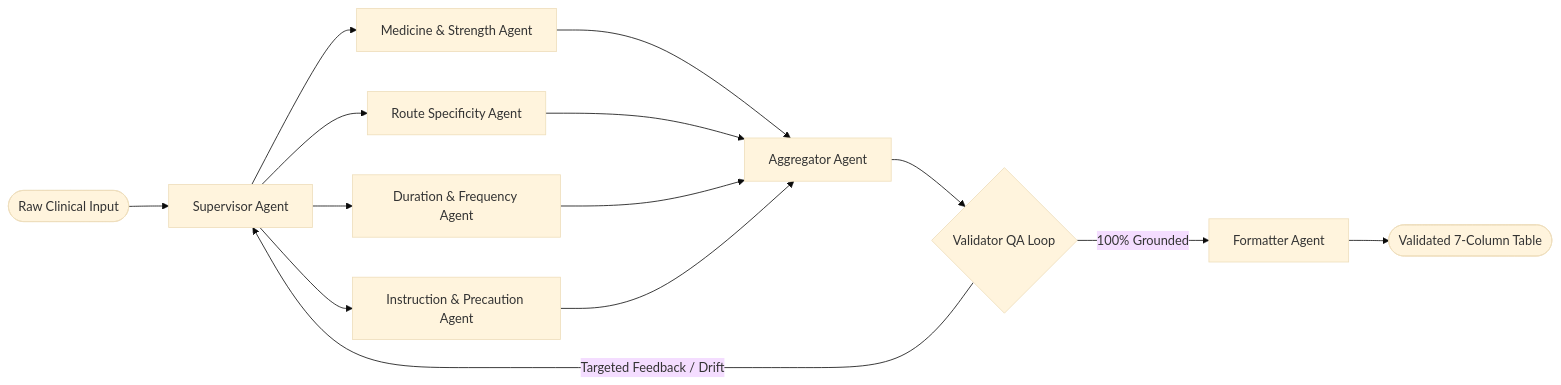
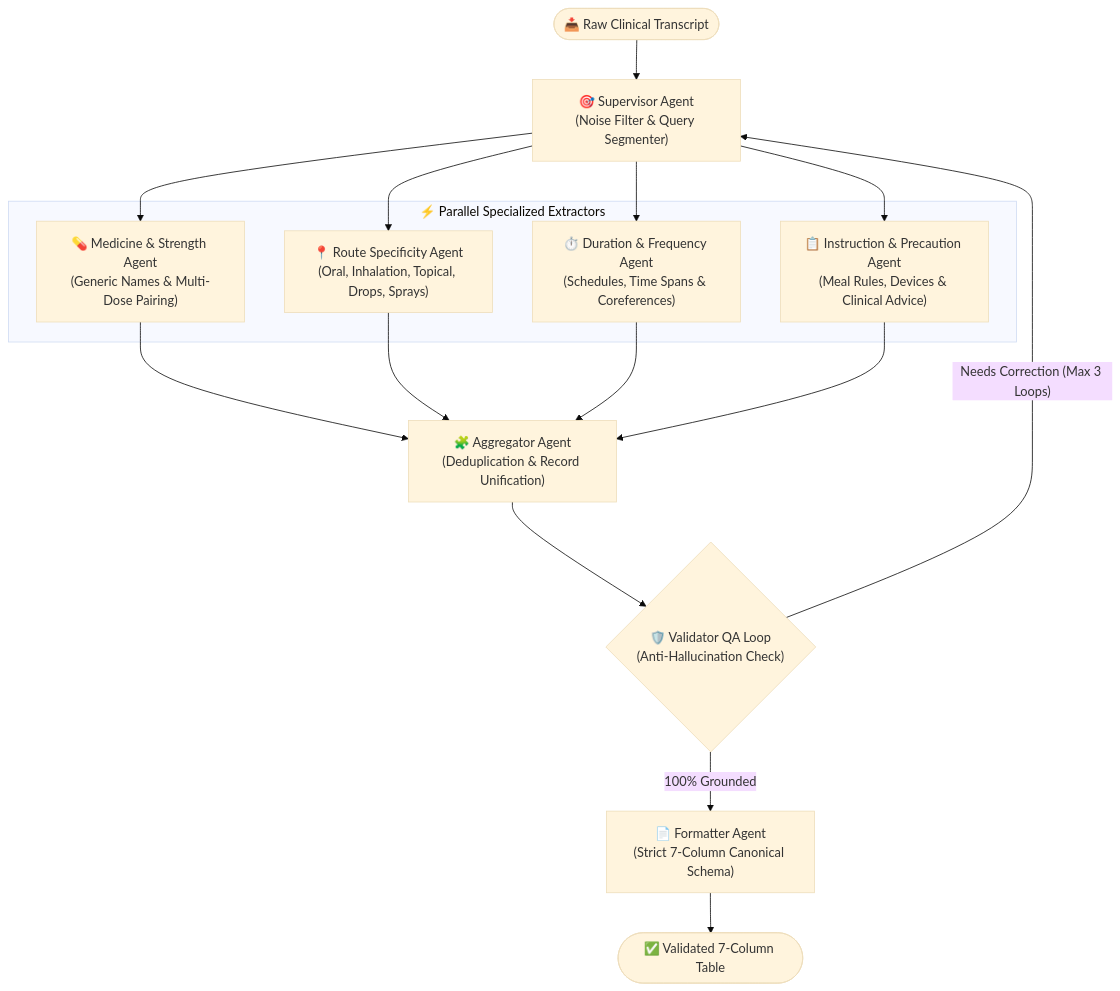
One commit to AbhinavEliac/Agentic_Prescription_Generator changed the second of 2 diagrams in README.md. Above: the diagram before and after it, drawn with Mermaid (base theme). The commit also changed other lines of this file, not shown here.

Commit message:
Refactor README flowcharts into clean, intuitive, modular architecture diagrams

````diff
--- a/README.md
+++ b/README.md
@@ -98,21 +73,28 @@
 ```mermaid
-flowchart LR
-    Start(["Raw Clinical Input"]) --> Sup["Supervisor Agent"]
+flowchart TD
+    In(["📥 Raw Clinical Transcript"]) --> Sup["🎯 Supervisor Agent<br/>(Noise Filter & Query Segmenter)"]
     
-    Sup --> Med["Medicine & Strength Agent"]
-    Sup --> Route["Route Specificity Agent"]
-    Sup --> DurFreq["Duration & Frequency Agent"]
-    Sup --> Inst["Instruction & Precaution Agent"]
+    subgraph ParallelAgents ["⚡ Parallel Specialized Extractors"]
+        Med["💊 Medicine & Strength Agent<br/>(Generic Names & Multi-Dose Pairing)"]
+        Route["📍 Route Specificity Agent<br/>(Oral, Inhalation, Topical, Drops, Sprays)"]
+        DurFreq["⏱️ Duration & Frequency Agent<br/>(Schedules, Time Spans & Coreferences)"]
+        Inst["📋 Instruction & Precaution Agent<br/>(Meal Rules, Devices & Clinical Advice)"]
+    end
     
-    Med --> Agg["Aggregator Agent"]
+    Sup --> Med
+    Sup --> Route
+    Sup --> DurFreq
+    Sup --> Inst
+    
+    Med --> Agg["🧩 Aggregator Agent<br/>(Deduplication & Record Unification)"]
     Route --> Agg
     DurFreq --> Agg
     Inst --> Agg
     
-    Agg --> Val{"Validator QA Loop"}
+    Agg --> Val{"🛡️ Validator QA Loop<br/>(Anti-Hallucination Check)"}
     
-    Val -->|"Targeted Feedback / Drift"| Sup
-    Val -->|"100% Grounded"| Form["Formatter Agent"]
+    Val -- "Needs Correction (Max 3 Loops)" --> Sup
+    Val -- "100% Grounded" --> Form["📄 Formatter Agent<br/>(Strict 7-Column Canonical Schema)"]
     
-    Form --> End(["Validated 7-Column Table"])
+    Form --> Out(["✅ Validated 7-Column Table"])
 ```
````
